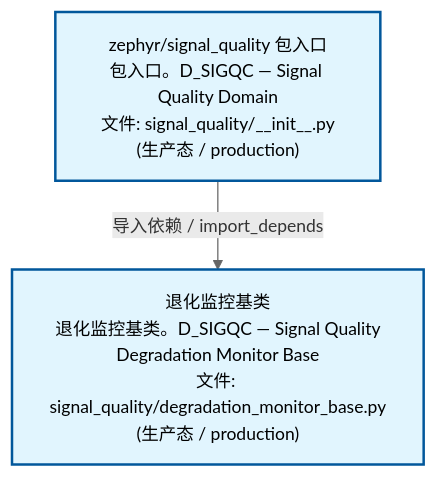
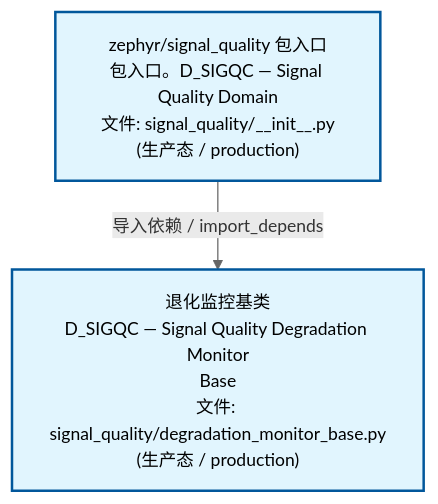
Before and after one commit to xuanFelixVan/ZephyrAlpha: the second of 3 diagrams in docs/02_enterprise_architecture/02_domain_architecture_docs/69_d_sigqc.md, drawn with Mermaid. The commit also changed other lines of this file and 63 other files, not shown here.

````diff
--- a/docs/02_enterprise_architecture/02_domain_architecture_docs/69_d_sigqc.md
+++ b/docs/02_enterprise_architecture/02_domain_architecture_docs/69_d_sigqc.md
@@ -75,12 +75,12 @@
 ```mermaid
 %%{init: {'theme': 'base', 'themeVariables': {'primaryColor': '#eaeaea', 'primaryTextColor': '#333333', 'primaryBorderColor': '#666666', 'lineColor': '#666666', 'secondaryColor': '#eaeaea', 'tertiaryColor': '#eaeaea', 'fontSize': '14px'}}}%%
 flowchart TD
     src_zephyr_signal_quality_init_py["zephyr/signal_quality 包入口<br/>包入口。D_SIGQC — Signal Quality Domain<br/>文件: signal_quality/__init__.py<br/>(生产态 / production)"]
-    src_zephyr_signal_quality_degradation_monitor_base_py["退化监控基类<br/>退化监控基类。D_SIGQC — Signal Quality<br/>Degradation Monitor Base<br/>文件: signal_quality/degradation_monitor_base.py<br/>(生产态 / production)"]
+    src_zephyr_signal_quality_degradation_monitor_base_py["退化监控基类<br/>D_SIGQC — Signal Quality Degradation Monitor<br/>Base<br/>文件: signal_quality/degradation_monitor_base.py<br/>(生产态 / production)"]
     src_zephyr_signal_quality_init_py -->|导入依赖 / import_depends| src_zephyr_signal_quality_degradation_monitor_base_py
     classDef production fill:#e1f5fe,stroke:#01579b,stroke-width:2px,color:#000
     classDef design fill:#fff3e0,stroke:#e65100,stroke-width:2px,color:#000,stroke-dasharray: 5 5
     classDef external_prod fill:#e8f4fd,stroke:#0277bd,stroke-width:1px,color:#000
     classDef external_design fill:#fff8e7,stroke:#ef6c00,stroke-width:1px,color:#000,stroke-dasharray: 5 5
     class src_zephyr_signal_quality_init_py,src_zephyr_signal_quality_degradation_monitor_base_py production
 ```
````
